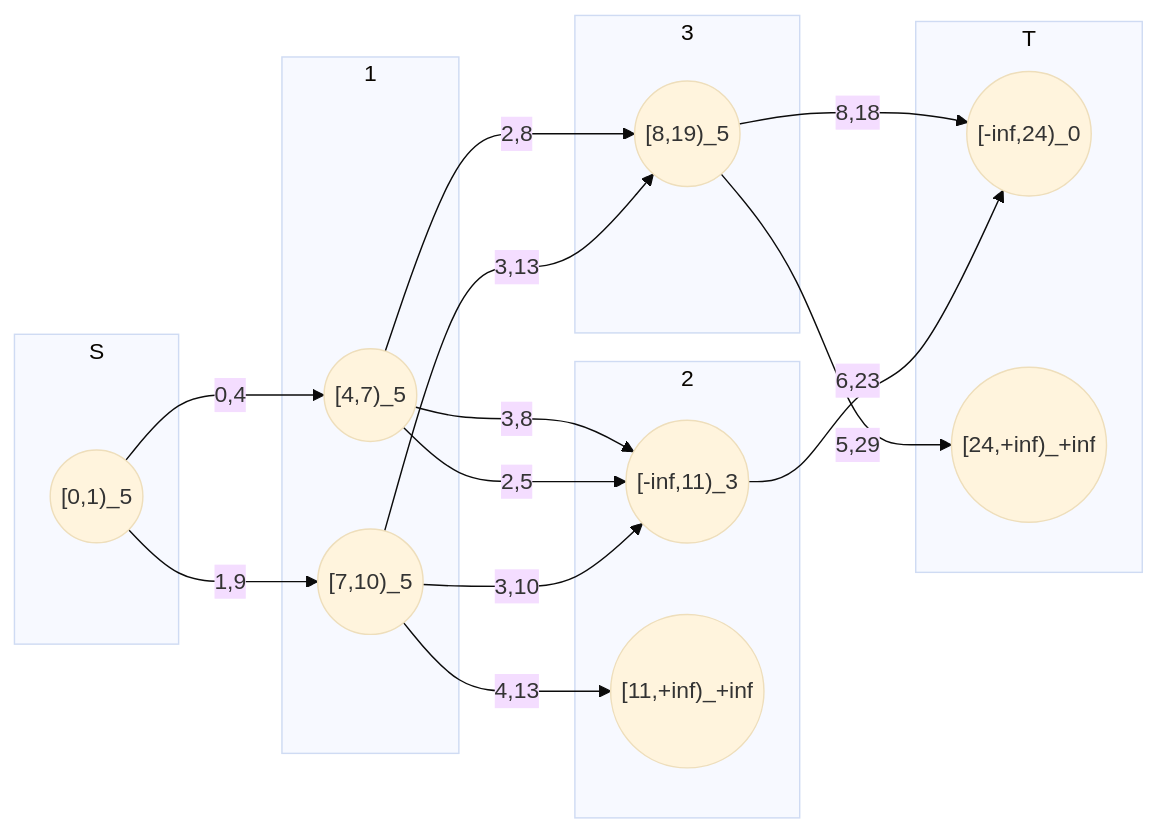
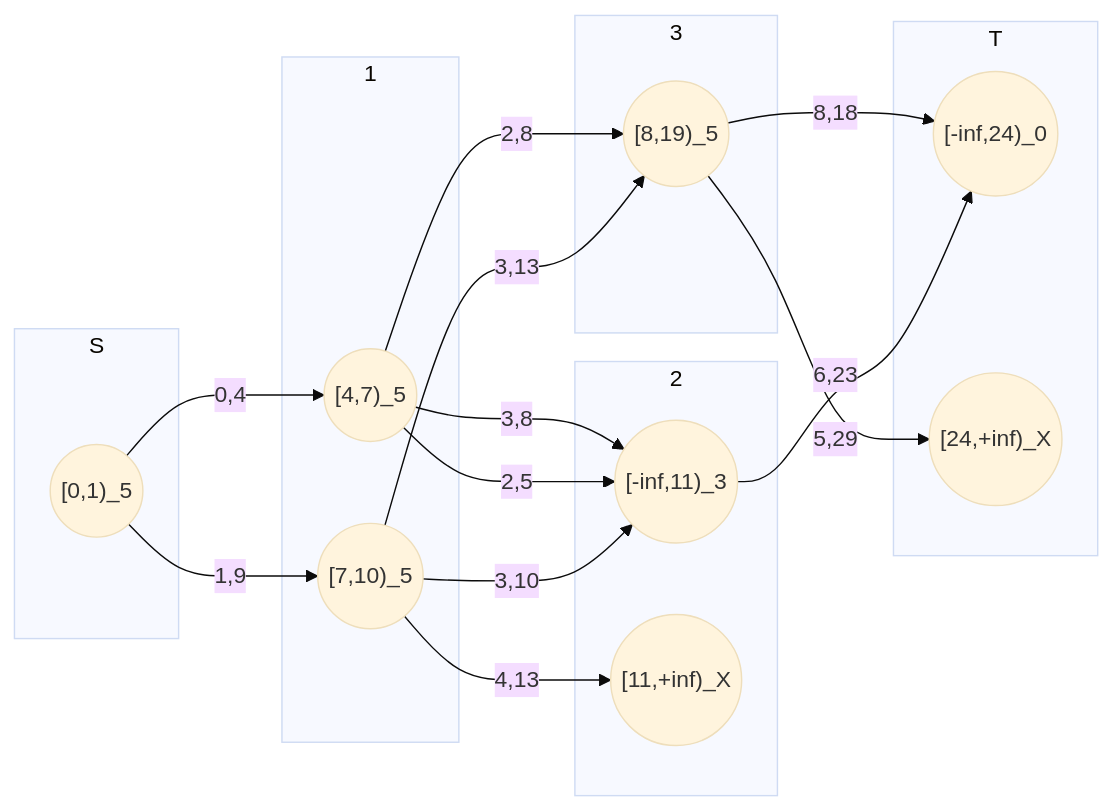
One commit to BartelNieuwenhuyse/constrained-shortest-path changed the fourth of 6 diagrams in docs/CSP/examples/Labeling-DFS.md. Above: the diagram before and after it, drawn with Mermaid (base theme). The commit also changed other lines of this file and 4 other files, not shown here.

````diff
--- a/docs/CSP/examples/Labeling-DFS.md
+++ b/docs/CSP/examples/Labeling-DFS.md
@@ -142,35 +142,35 @@
 ```mermaid
 flowchart LR
   %% Nodes and their intervals
   subgraph S
   S1(("[0,1)_5"))
   end
   subgraph 1
   N1_1(("[7,10)_5"))
   N1_2(("[4,7)_5"))
   end
   subgraph 2
   N2_1(("[-inf,11)_3"))
-  X2(("[11,+inf)_+inf"))
+  X2(("[11,+inf)_X"))
   end
   subgraph 3
   N3_1(("[8,19)_5"))
   end
   subgraph T
   T1(("[-inf,24)_0"))
-  XT(("[24,+inf)_+inf"))
+  XT(("[24,+inf)_X"))
   end
 
   %% Label transitions
   S1 -->|1,9| N1_1
   N1_1 -->|3,10| N2_1
   N2_1 -->|6,23| T1
   N1_1 -->|4,13| X2
   N1_1 -->|3,13| N3_1
   N3_1 -->|5,29| XT
   N3_1 -->|8,18| T1
   S1 --> |0,4| N1_2
   N1_2 -->|2,5| N2_1
   N1_2 -->|3,8| N2_1
   N1_2 -->|2,8| N3_1
 ```
````
